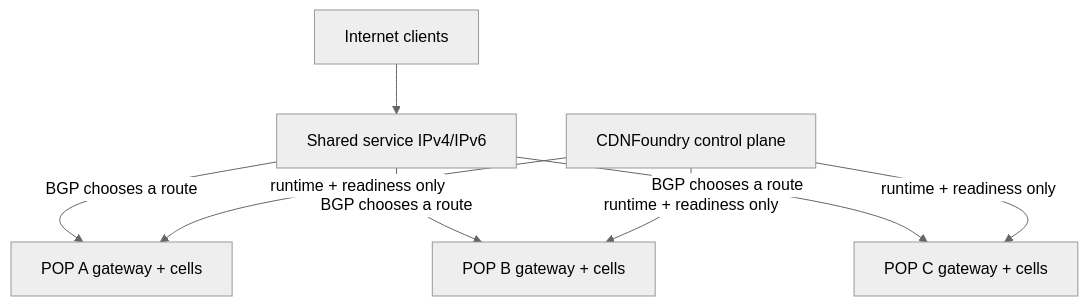
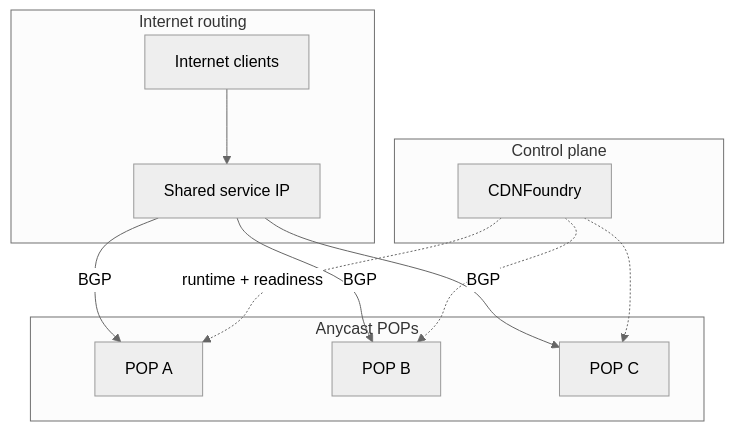
Before and after one commit to vaheed/CDNFoundry: the fourth of 4 diagrams in docs/architecture/production-reference-architectures.md, drawn with Mermaid (neutral theme). The commit also changed other lines of this file and 24 other files, not shown here.

````diff
--- a/docs/architecture/production-reference-architectures.md
+++ b/docs/architecture/production-reference-architectures.md
@@ -181,10 +187,16 @@
 ```mermaid
 flowchart TB
-    Clients["Internet clients"] --> Anycast["Shared service IPv4/IPv6"]
-    Anycast -->|"BGP chooses a route"| POPA["POP A gateway + cells"]
-    Anycast -->|"BGP chooses a route"| POPB["POP B gateway + cells"]
-    Anycast -->|"BGP chooses a route"| POPC["POP C gateway + cells"]
-    Control["CDNFoundry control plane"] -->|"runtime + readiness only"| POPA
-    Control -->|"runtime + readiness only"| POPB
-    Control -->|"runtime + readiness only"| POPC
+    subgraph Routing["Internet routing"]
+      Clients["Internet clients"] --> Anycast["Shared service IP"]
+    end
+    subgraph POPs["Anycast POPs"]
+      Anycast -->|"BGP"| POPA["POP A"]
+      Anycast -->|"BGP"| POPB["POP B"]
+      Anycast -->|"BGP"| POPC["POP C"]
+    end
+    subgraph ControlPlane["Control plane"]
+      Control["CDNFoundry"] -. "runtime + readiness" .-> POPA
+      Control -.-> POPB
+      Control -.-> POPC
+    end
 ```
````
